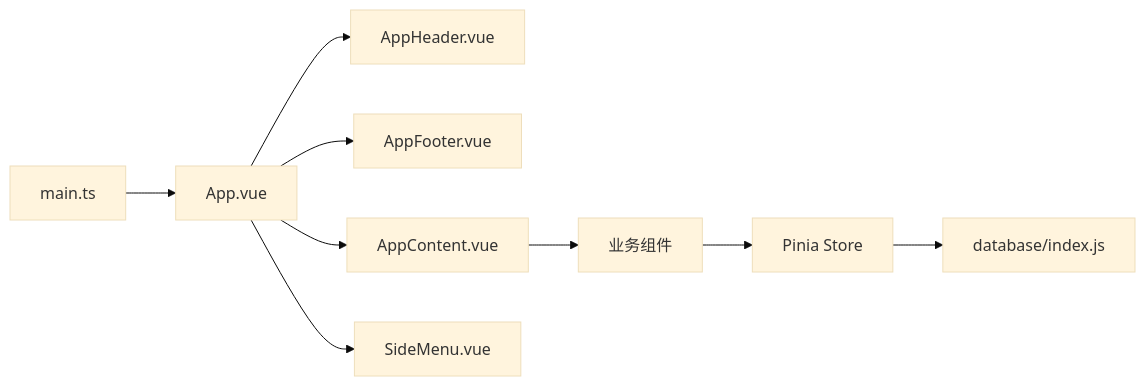
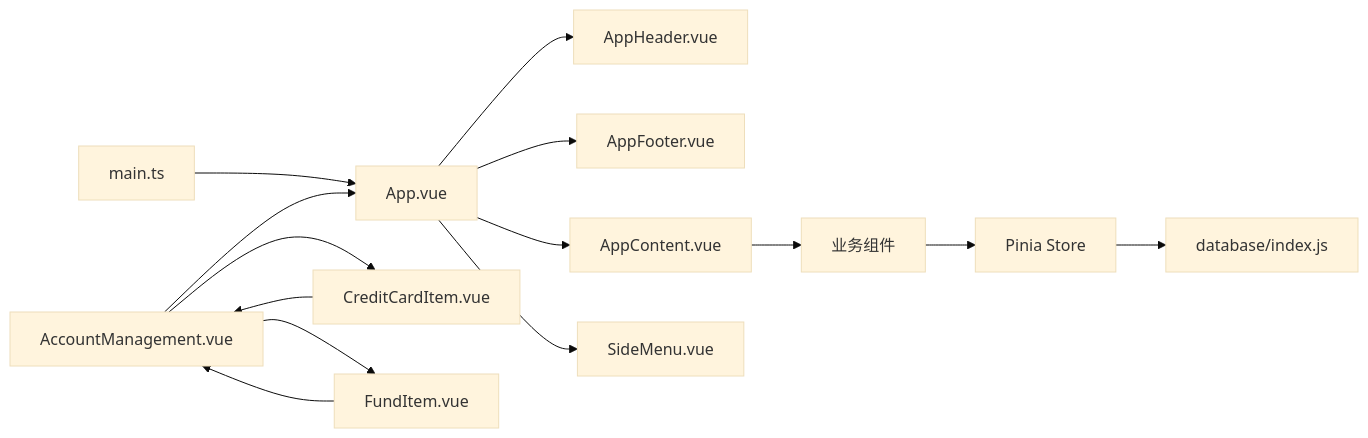
One commit to xiao-lin-unit/yuan changed the ninth of 9 diagrams in .qoder/repowiki/zh/content/架构设计/组件通信机制.md. Above: the diagram before and after it, drawn with Mermaid (base theme). The commit also changed other lines of this file and 19 other files, not shown here.

````diff
--- a/.qoder/repowiki/zh/content/架构设计/组件通信机制.md
+++ b/.qoder/repowiki/zh/content/架构设计/组件通信机制.md
@@ -357,11 +438,16 @@
 ```mermaid
 graph LR
 Main["main.ts"] --> App["App.vue"]
 App --> Header["AppHeader.vue"]
 App --> Footer["AppFooter.vue"]
 App --> Content["AppContent.vue"]
 App --> Menu["SideMenu.vue"]
 Content --> Pages["业务组件"]
 Pages --> Store["Pinia Store"]
 Store --> DB["database/index.js"]
+AccMgr["AccountManagement.vue"] --> CreditCard["CreditCardItem.vue"]
+AccMgr --> FundItem["FundItem.vue"]
+CreditCard --> AccMgr
+FundItem --> AccMgr
+AccMgr --> App
 ```
````
